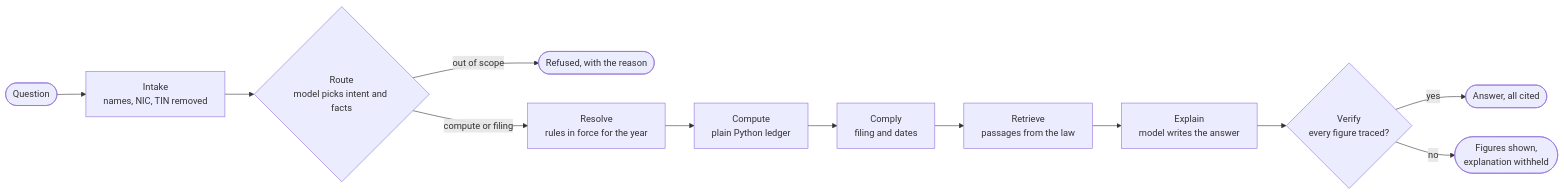
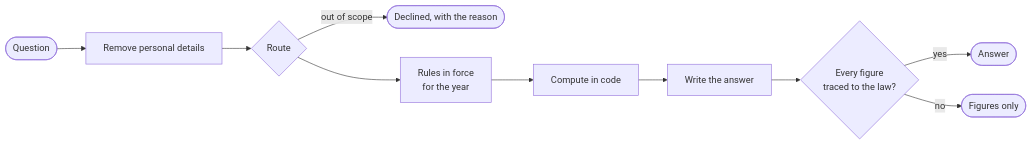
One commit to PasinduSuraweera/citetax changed the third of 4 diagrams in README.md. Above: the diagram before and after it, drawn with Mermaid. The commit also changed other lines of this file and 6 other files, not shown here.

````diff
--- a/README.md
+++ b/README.md
@@ -48,14 +143,12 @@
 ```mermaid
 flowchart LR
-    Q([Question]) --> I[Intake<br/>names, NIC, TIN removed]
-    I --> R{Route<br/>model picks intent and facts}
-    R -->|out of scope| X([Refused, with the reason])
-    R -->|compute or filing| RS[Resolve<br/>rules in force for the year]
-    RS --> C[Compute<br/>plain Python ledger]
-    C --> CP[Comply<br/>filing and dates]
-    CP --> RT[Retrieve<br/>passages from the law]
-    RT --> E[Explain<br/>model writes the answer]
-    E --> V{Verify<br/>every figure traced?}
-    V -->|yes| A([Answer, all cited])
-    V -->|no| W([Figures shown,<br/>explanation withheld])
+    Q([Question]) --> I[Remove personal details]
+    I --> R{Route}
+    R -->|out of scope| X([Declined, with the reason])
+    R --> RS[Rules in force<br/>for the year]
+    RS --> C[Compute in code]
+    C --> E[Write the answer]
+    E --> V{Every figure<br/>traced to the law?}
+    V -->|yes| A([Answer])
+    V -->|no| W([Figures only])
 ```
````
